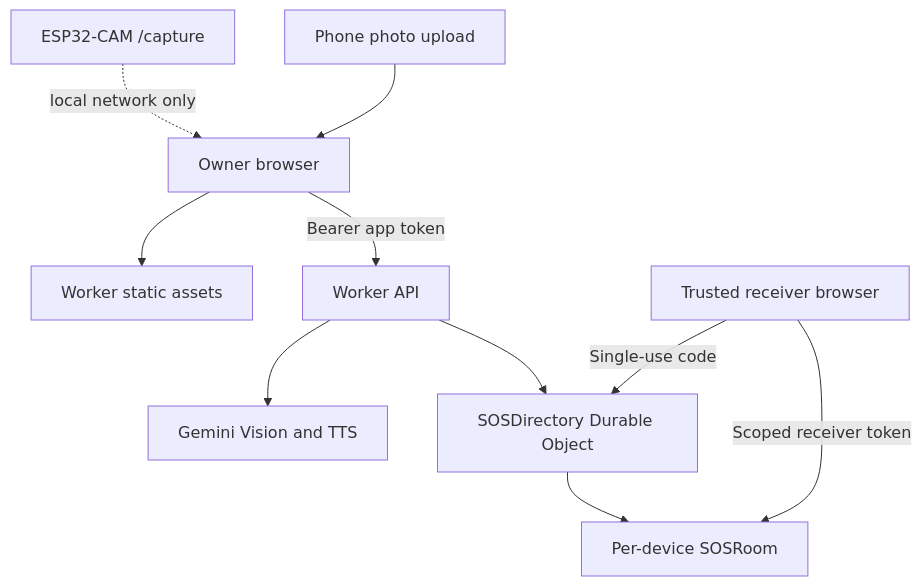
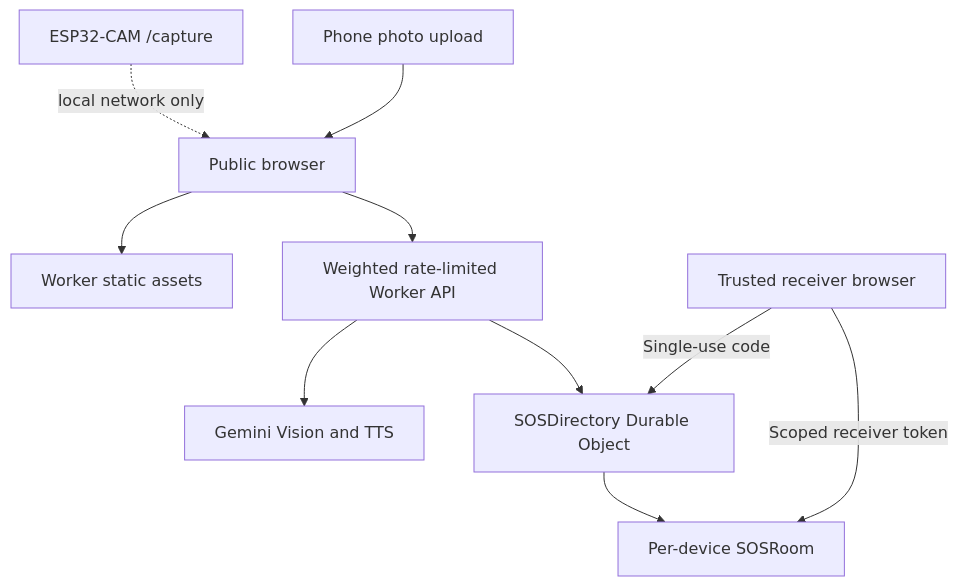
One commit to KaranJoyKundu/Daredevil-s-Eye changed the diagram in docs/ARCHITECTURE.md. Above: the diagram before and after it, drawn with Mermaid. The commit also changed other lines of this file, not shown here.

Commit message:
Document public API and weighted per-IP quota limits

```diff
--- a/docs/ARCHITECTURE.md
+++ b/docs/ARCHITECTURE.md
@@ -7,12 +7,12 @@
 ~~~mermaid
 flowchart TD
-  Browser[Owner browser] --> Static[Worker static assets]
-  Browser -->|Bearer app token| API[Worker API]
+  Browser[Public browser] --> Static[Worker static assets]
+  Browser --> API[Weighted rate-limited Worker API]
   API --> Gemini[Gemini Vision and TTS]
   API --> Directory[SOSDirectory Durable Object]
   Directory --> Room[Per-device SOSRoom]
   Receiver[Trusted receiver browser] -->|Single-use code| Directory
   Receiver -->|Scoped receiver token| Room
   ESP[ESP32-CAM /capture] -. local network only .-> Browser
   Phone[Phone photo upload] --> Browser
 ~~~
```
